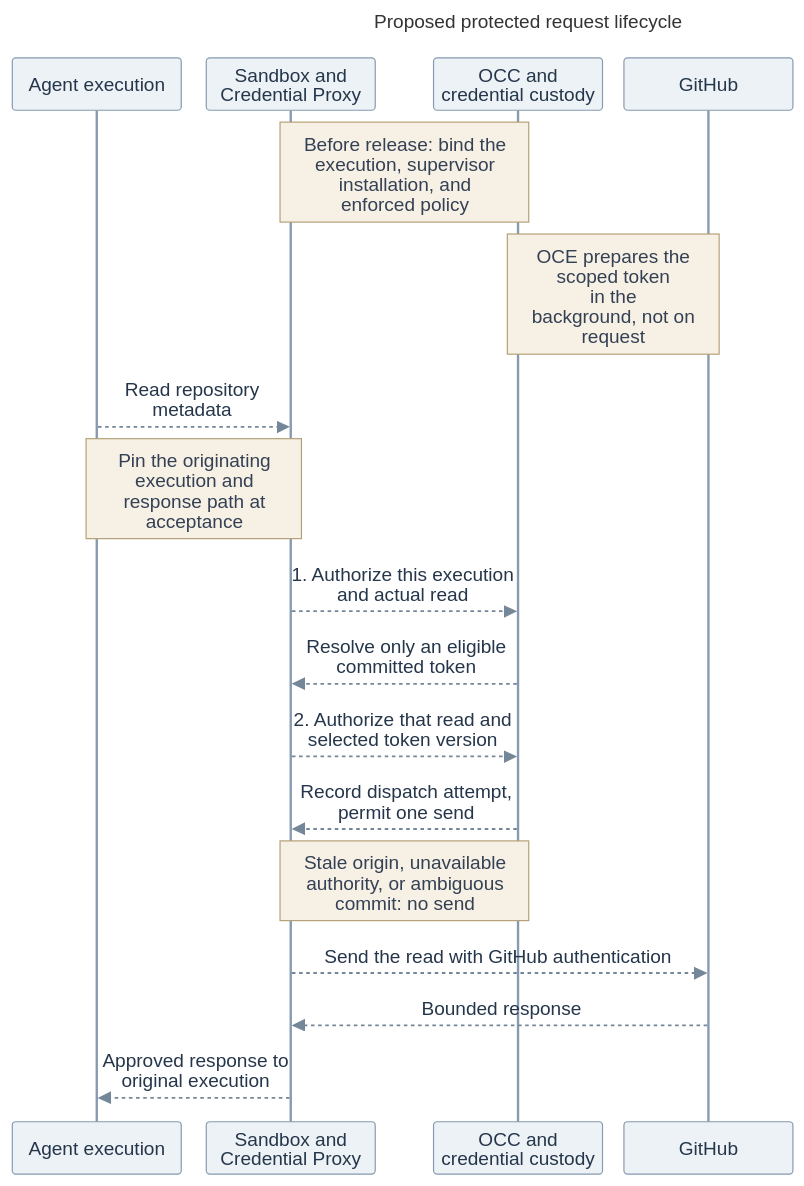
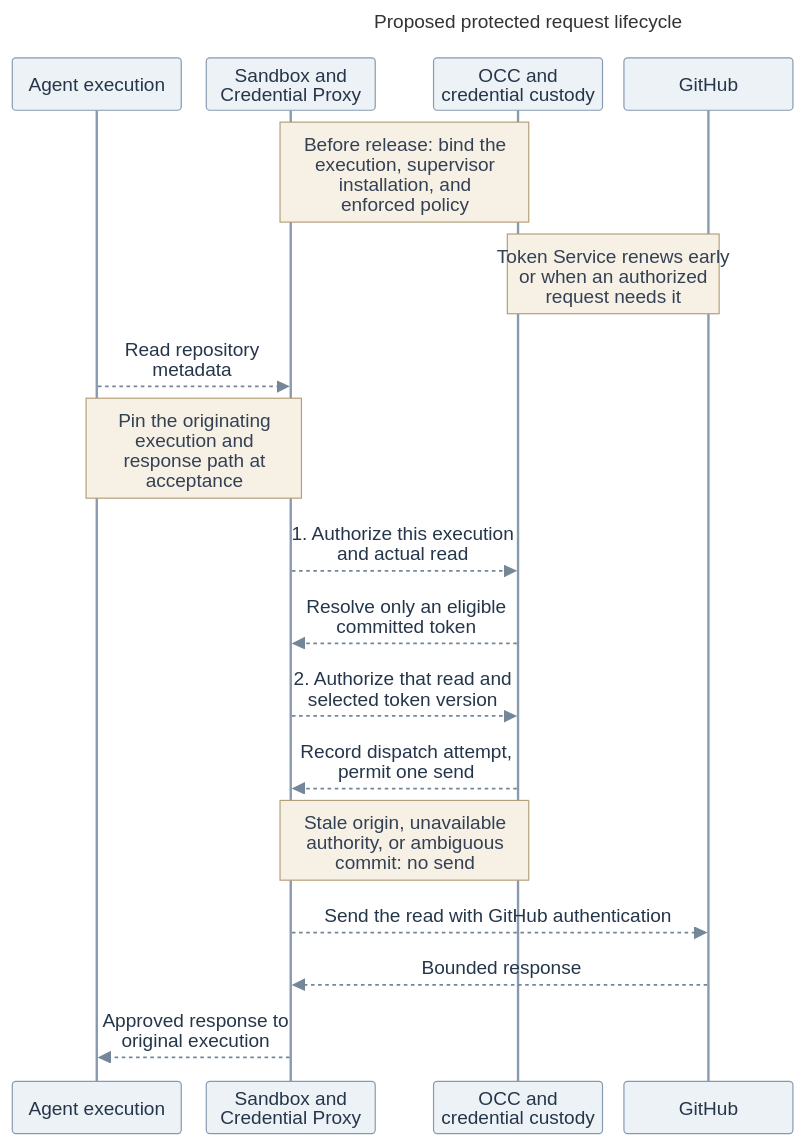
One commit to openclaw/openclaw-enterprise changed the diagram in specs/rfcs/0023-egress-proxy-credential-lifecycle/assets/request-lifecycle.mmd. Above: the diagram before and after it, drawn with Mermaid. The commit also changed 5 other files, not shown here.

```diff
--- a/specs/rfcs/0023-egress-proxy-credential-lifecycle/assets/request-lifecycle.mmd
+++ b/specs/rfcs/0023-egress-proxy-credential-lifecycle/assets/request-lifecycle.mmd
@@ -1,48 +1,48 @@
 ---
 title: "Proposed protected request lifecycle"
 config:
   theme: base
   htmlLabels: true
   themeVariables:
     fontFamily: "Arial, sans-serif"
     fontSize: "16px"
     actorBkg: "#EDF2F7"
     actorBorder: "#879AB0"
     actorTextColor: "#25364A"
     noteBkgColor: "#F7F1E5"
     noteBorderColor: "#B3A078"
     noteTextColor: "#344054"
     signalColor: "#748798"
     signalTextColor: "#25364A"
   sequence:
     useMaxWidth: false
     actorMargin: 18
     width: 142
     height: 44
     diagramMarginX: 12
     diagramMarginY: 12
     messageMargin: 16
     noteMargin: 8
     mirrorActors: true
     wrap: true
 ---
 sequenceDiagram
   participant A as Agent execution
   participant F as Sandbox and<br/>Credential Proxy
   participant C as OCC and<br/>credential custody
   participant G as GitHub
 
   Note over F,C: Before release: bind the execution, supervisor<br/>installation, and enforced policy
-  Note over C,G: OCE prepares the scoped token<br/>in the background, not on request
+  Note over C,G: Token Service renews early<br/>or when an authorized<br/>request needs it
 
   A-->>F: Read repository metadata
   Note over A,F: Pin the originating execution and response path at acceptance
   F-->>C: 1. Authorize this execution and actual read
   C-->>F: Resolve only an eligible committed token
   F-->>C: 2. Authorize that read and selected token version
   C-->>F: Record dispatch attempt, permit one send
   Note over F,C: Stale origin, unavailable authority, or ambiguous commit: no send
 
   F-->>G: Send the read with GitHub authentication
   G-->>F: Bounded response
   F-->>A: Approved response to original execution
```
